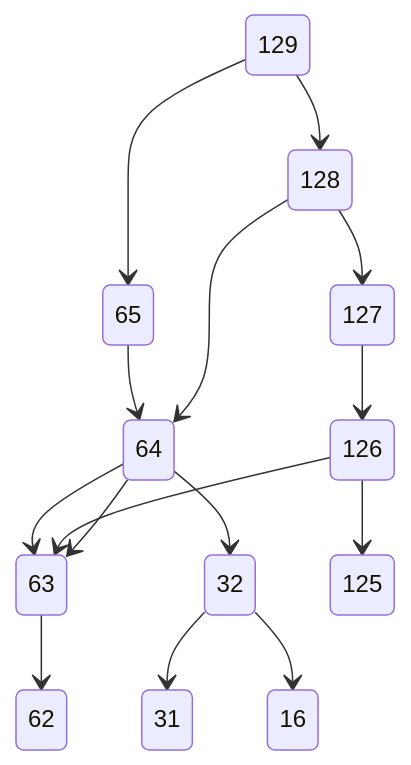
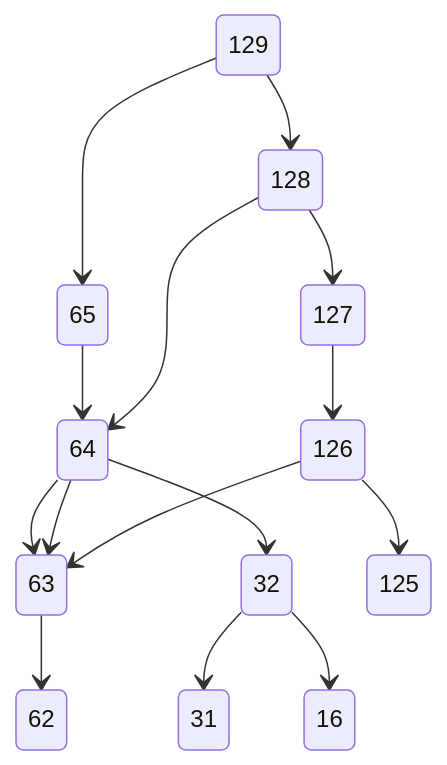
Before and after one commit to viktorshandrikov/repository-1: the diagram in 19.md, drawn with Mermaid.

````diff
--- a/19.md
+++ b/19.md
@@ -1,17 +1,17 @@
 ```mermaid
 stateDiagram-v2
 129 --> 128
 129 --> 65
 128 --> 127
 65 --> 64
 64 -->63 
 127-->126
-126 -->63
 126 --> 125
 128 --> 64
 63 --> 62 
 64 -->32
 32 --> 31
 32-->16 
 64-->63 
+126-->63
 ```
````
